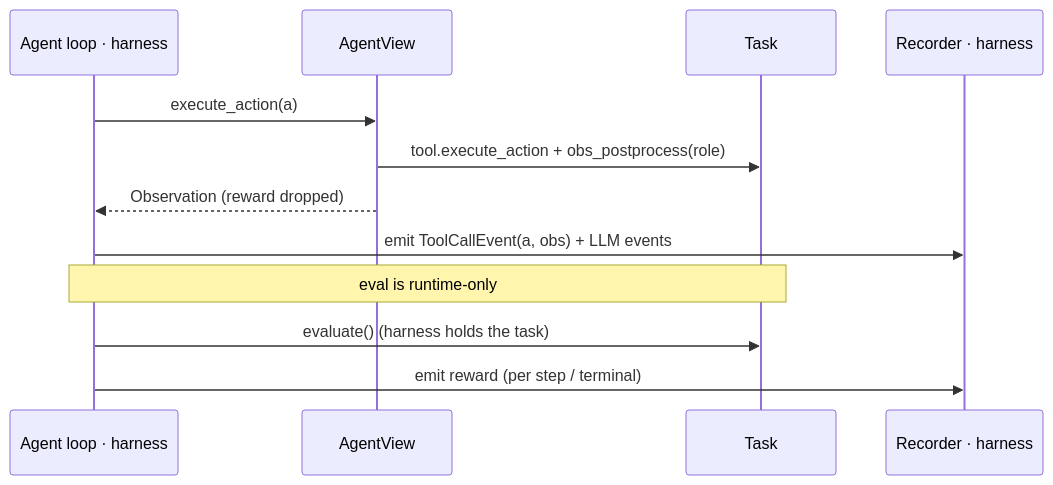
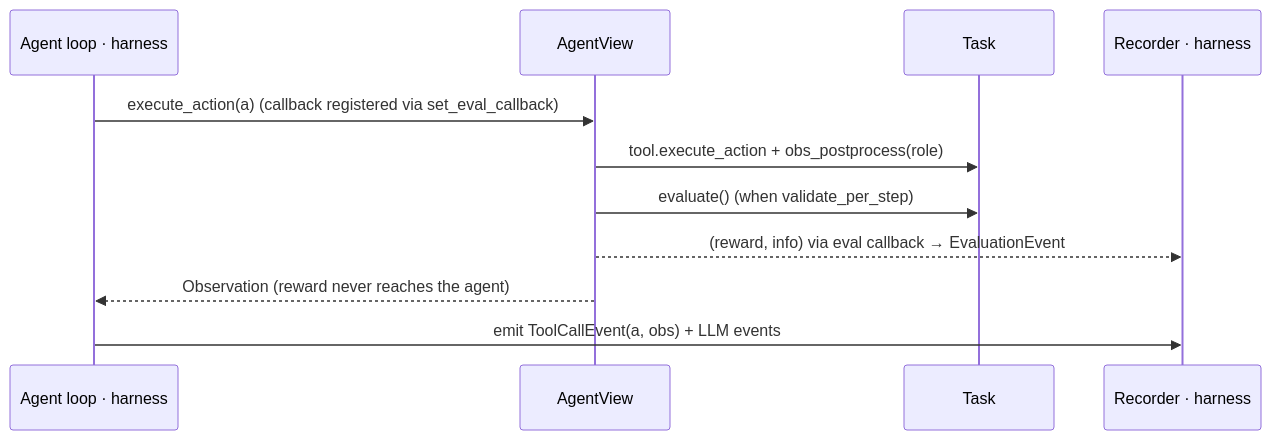
The first of 2 diagrams in openspec/changes/streamable-task/proposal.md (The-AI-Alliance/cube-standard), drawn with Mermaid before and after one commit. The commit also changed other lines of this file and 4 other files, not shown here.

First line of the commit message:
Revert: restore the AgentView eval callback

````diff
--- a/openspec/changes/streamable-task/proposal.md
+++ b/openspec/changes/streamable-task/proposal.md
@@ -124,14 +132,13 @@
 ```mermaid
 sequenceDiagram
   participant Ag as Agent loop · harness
   participant AV as AgentView
   participant Tk as Task
   participant Rec as Recorder · harness
-  Ag->>AV: execute_action(a)
+  Ag->>AV: execute_action(a)  (callback registered via set_eval_callback)
   AV->>Tk: tool.execute_action + obs_postprocess(role)
-  AV-->>Ag: Observation (reward dropped)
+  AV->>Tk: evaluate()  (when validate_per_step)
+  AV-->>Rec: (reward, info) via eval callback → EvaluationEvent
+  AV-->>Ag: Observation (reward never reaches the agent)
   Ag->>Rec: emit ToolCallEvent(a, obs) + LLM events
-  Note over Ag,Tk: eval is runtime-only
-  Ag->>Tk: evaluate()  (harness holds the task)
-  Ag->>Rec: emit reward (per step / terminal)
 ```
````
